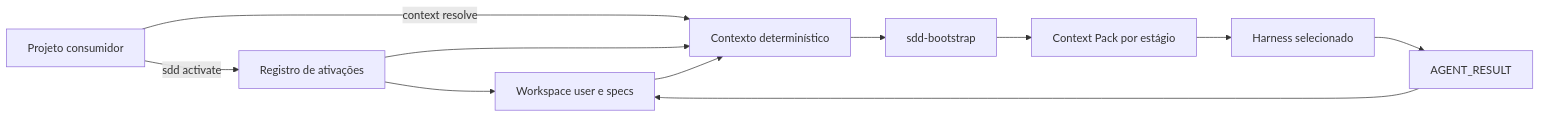
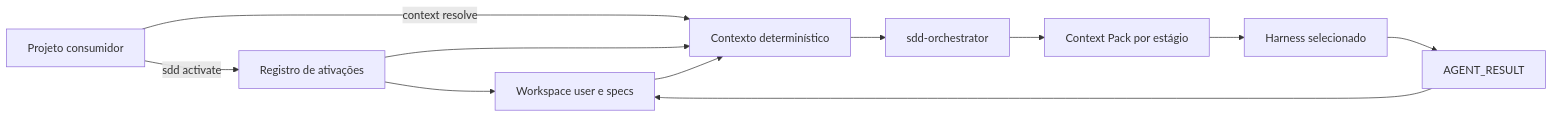
The first of 2 diagrams in docs/USER-SCOPE.md (fellipemauriciosilva/sdd-toolkit), drawn with Mermaid before and after one commit. The commit also changed other lines of this file and 169 other files, not shown here.

````diff
--- a/docs/USER-SCOPE.md
+++ b/docs/USER-SCOPE.md
@@ -33,13 +33,13 @@
 ```mermaid
 flowchart LR
     P[Projeto consumidor] -->|sdd activate| R[Registro de ativações]
     R --> W[Workspace user e specs]
     P -->|context resolve| C[Contexto determinístico]
     R --> C
     W --> C
-    C --> B[sdd-bootstrap]
+    C --> B[sdd-orchestrator]
     B --> K[Context Pack por estágio]
     K --> H[Harness selecionado]
     H --> O[AGENT_RESULT]
     O --> W
 ```
````
